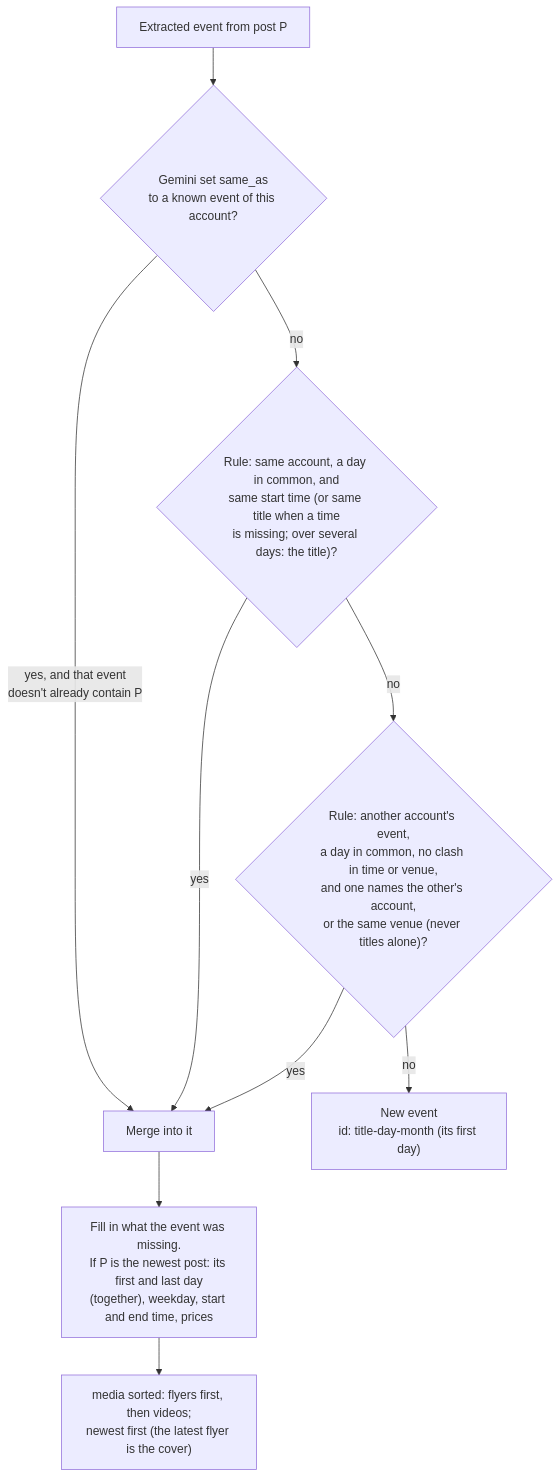
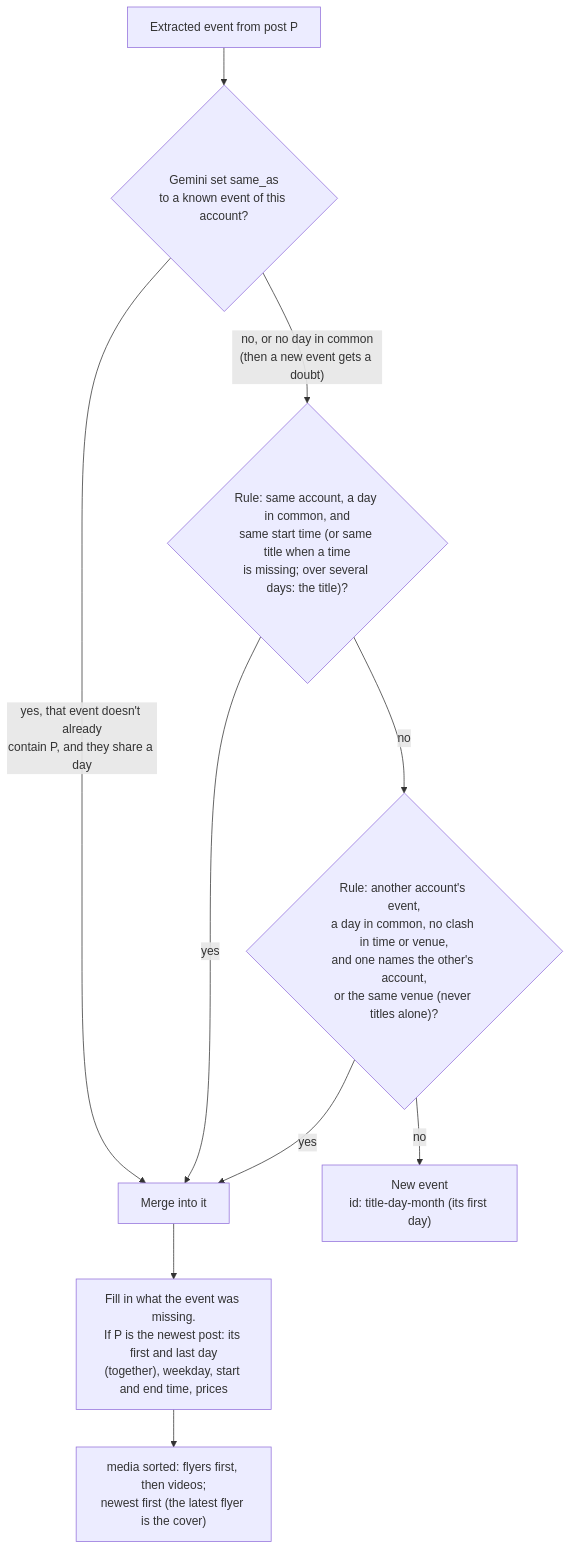
The sixth of 12 diagrams in docs/ARCHITECTURE.md (pa-bailar/backend), drawn with Mermaid before and after one commit. The commit also changed other lines of this file and 2 other files, not shown here.

Commit message:
docs: the review fixes (Bogotá and upcoming guard, currencies, hidden matching, same_as, story dates, 429s, cancellations)

````diff
--- a/docs/ARCHITECTURE.md
+++ b/docs/ARCHITECTURE.md
@@ -639,12 +665,12 @@
 ```mermaid
 flowchart TD
     C["Extracted event from post P"] --> L{"Gemini set same_as<br/>to a known event of this account?"}
-    L -->|"yes, and that event<br/>doesn't already contain P"| MERGE["Merge into it"]
-    L -->|no| RULE{"Rule: same account, a day in common, and<br/>same start time (or same title when a time<br/>is missing; over several days: the title)?"}
+    L -->|"yes, that event doesn't already<br/>contain P, and they share a day"| MERGE["Merge into it"]
+    L -->|"no, or no day in common<br/>(then a new event gets a doubt)"| RULE{"Rule: same account, a day in common, and<br/>same start time (or same title when a time<br/>is missing; over several days: the title)?"}
     RULE -->|yes| MERGE
     RULE -->|no| SHARED{"Rule: another account's event,<br/>a day in common, no clash in time or venue,<br/>and one names the other's account,<br/>or the same venue (never titles alone)?"}
     SHARED -->|yes| MERGE
     SHARED -->|no| NEW["New event<br/>id: title-day-month (its first day)"]
     MERGE --> F["Fill in what the event was missing.<br/>If P is the newest post: its first and last day<br/>(together), weekday, start and end time, prices"]
     F --> O["media sorted: flyers first, then videos;<br/>newest first (the latest flyer is the cover)"]
 ```
````
